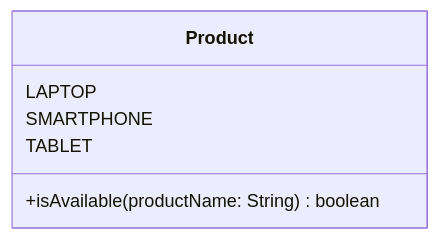
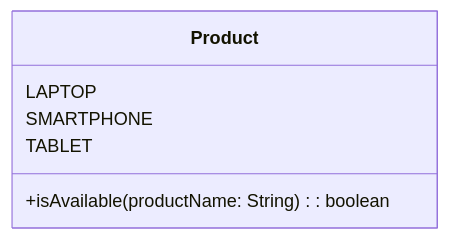
Before and after one commit to wielandjan/java_helloWorld_1: the third of 4 diagrams in scr/exercises/Programmieren1/SampleExam/ReadMe.md, drawn with Mermaid. The commit also changed other lines of this file, not shown here.

````diff
--- a/scr/exercises/Programmieren1/SampleExam/ReadMe.md
+++ b/scr/exercises/Programmieren1/SampleExam/ReadMe.md
@@ -129,9 +106,9 @@
 ```mermaid
 classDiagram
     class Product {
         LAPTOP
         SMARTPHONE
         TABLET
-        +isAvailable(productName: String) boolean
+        +isAvailable(productName: String): boolean
     }
 ```
````
